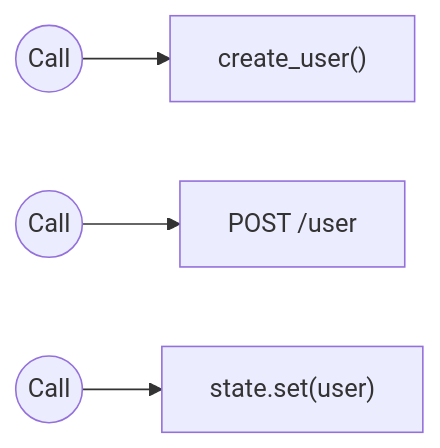
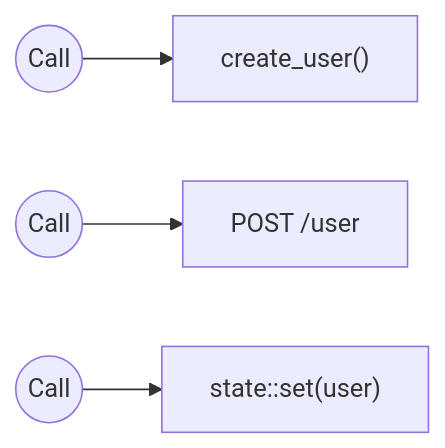
One commit to iii-hq/docs changed the diagram in content/concepts/call.mdx. Above: the diagram before and after it, drawn with Mermaid. The commit also changed 11 other files, not shown here.

````diff
--- a/content/concepts/call.mdx
+++ b/content/concepts/call.mdx
@@ -15,6 +15,6 @@
 ```mermaid
 graph LR
     CallProcess((Call)) --> Process["create_user()"]
     CallEndpoint((Call)) --> Endpoint["POST /user"]
-    CallState((Call)) --> State["state.set(user)"]
+    CallState((Call)) --> State["state::set(user)"]
 ```
````
